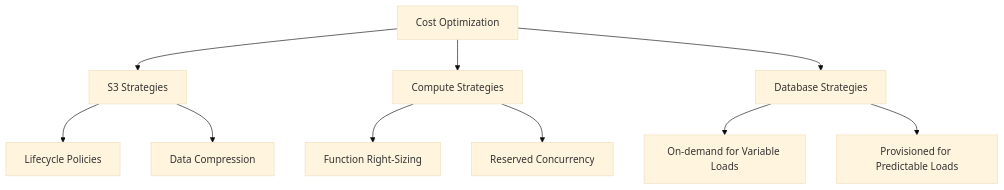
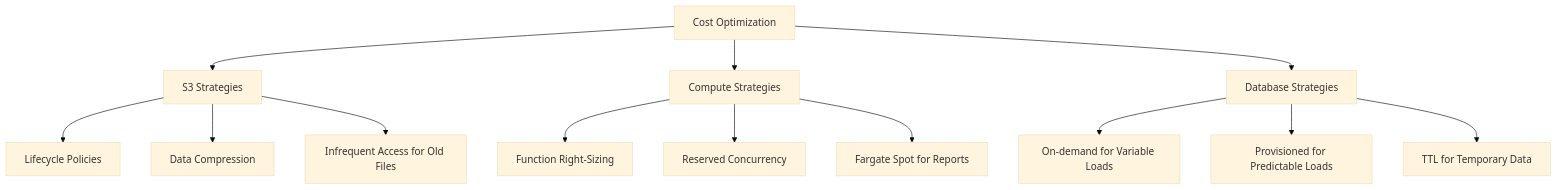
Before and after one commit to philkunz/fargate: the tenth of 12 diagrams in architecture/scaling.md, drawn with Mermaid (base theme). The commit also changed other lines of this file and 11 other files, not shown here.

Commit message:
feat(documentation): Revamp Zebros CRM serverless architecture documentation with updated diagrams, expanded API, authentication, long-running tasks, data storage, and scaling details

````diff
--- a/architecture/scaling.md
+++ b/architecture/scaling.md
@@ -181,15 +220,18 @@
 ```mermaid
 flowchart TD
     Cost[Cost Optimization] --> S3Opt[S3 Strategies]
     Cost --> ComputeOpt[Compute Strategies]
     Cost --> DBOpt[Database Strategies]
     
     S3Opt --> Lifecycle[Lifecycle Policies]
     S3Opt --> Compression[Data Compression]
+    S3Opt --> S3IA[Infrequent Access for Old Files]
     
     ComputeOpt --> RightSizing[Function Right-Sizing]
     ComputeOpt --> Reserved[Reserved Concurrency]
+    ComputeOpt --> FargateSpot[Fargate Spot for Reports]
     
     DBOpt --> DynamoOnDemand[On-demand for Variable Loads]
     DBOpt --> DynamoProvisioned[Provisioned for Predictable Loads]
+    DBOpt --> TTLSettings[TTL for Temporary Data]
 ```
````
